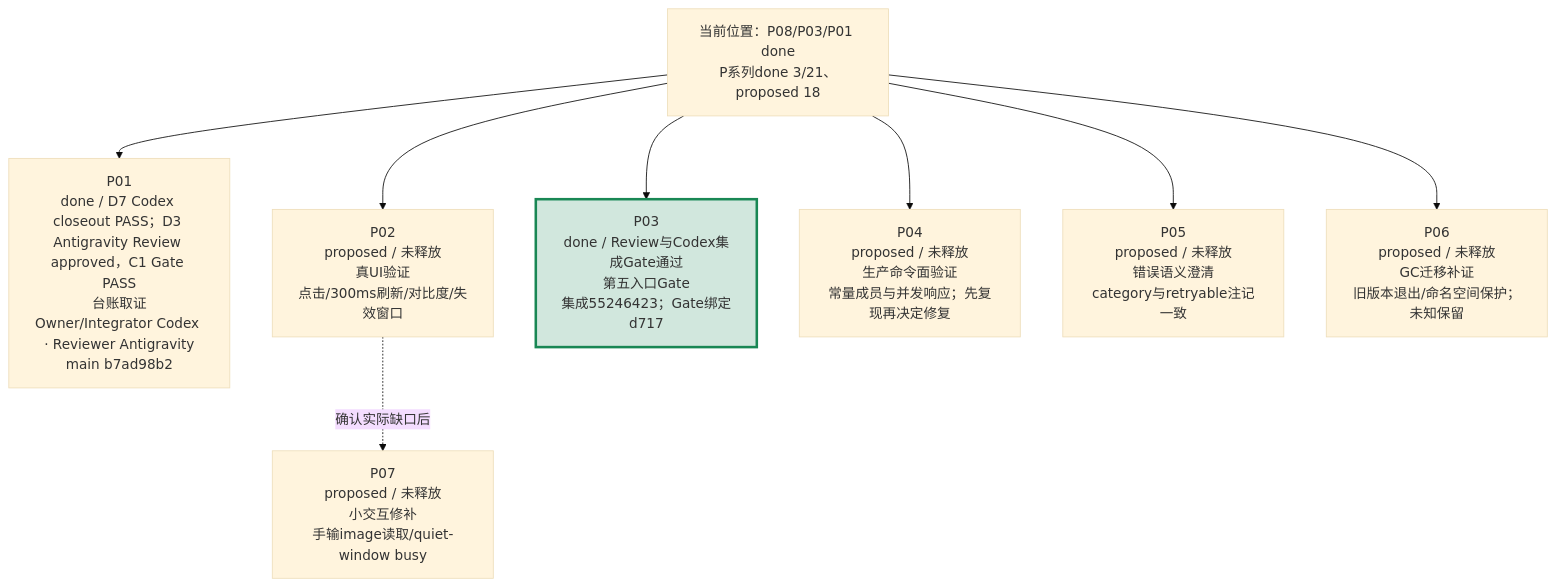
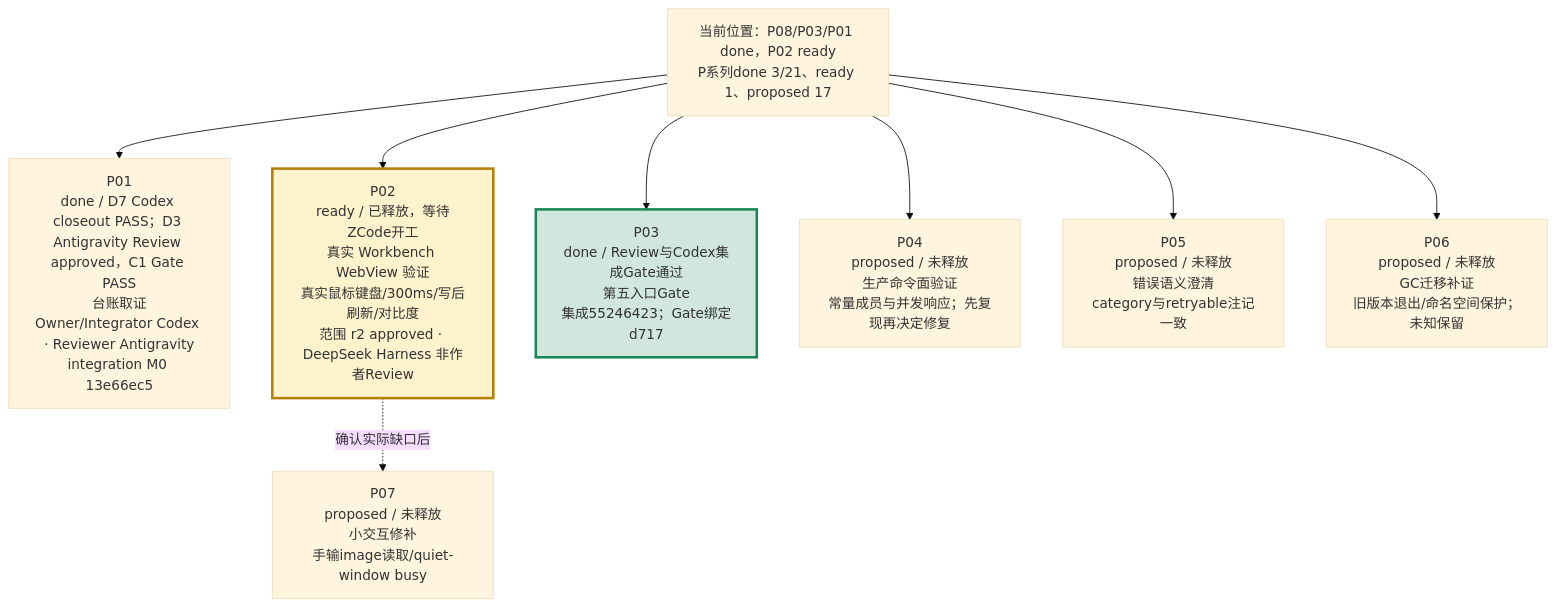
One commit to peakwheat-pixel/New-Manga changed the second of 4 diagrams in verification/PROJECT-ROADMAP-20261008/ROADMAP.md. Above: the diagram before and after it, drawn with Mermaid (base theme). The commit also changed other lines of this file and 27 other files, not shown here.

Commit message:
docs(project): release P02 WebView verification scope

````diff
--- a/verification/PROJECT-ROADMAP-20261008/ROADMAP.md
+++ b/verification/PROJECT-ROADMAP-20261008/ROADMAP.md
@@ -30,11 +30,12 @@
 ```mermaid
 flowchart TB
-  BASE["当前位置：P08/P03/P01 done<br/>P系列done 3/21、proposed 18"] --> P01["P01<br/>done / D7 Codex closeout PASS；D3 Antigravity Review approved，C1 Gate PASS<br/>台账取证<br/>Owner/Integrator Codex · Reviewer Antigravity<br/>main b7ad98b2"]
-  BASE --> P02["P02<br/>proposed / 未释放<br/>真UI验证<br/>点击/300ms刷新/对比度/失效窗口"]
+  BASE["当前位置：P08/P03/P01 done，P02 ready<br/>P系列done 3/21、ready 1、proposed 17"] --> P01["P01<br/>done / D7 Codex closeout PASS；D3 Antigravity Review approved，C1 Gate PASS<br/>台账取证<br/>Owner/Integrator Codex · Reviewer Antigravity<br/>integration M0 13e66ec5"]
+  BASE --> P02["P02<br/>ready / 已释放，等待ZCode开工<br/>真实 Workbench WebView 验证<br/>真实鼠标键盘/300ms/写后刷新/对比度<br/>范围 r2 approved · DeepSeek Harness 非作者Review"]
   BASE --> P03["P03<br/>done / Review与Codex集成Gate通过<br/>第五入口Gate<br/>集成55246423；Gate绑定d717"]
   BASE --> P04["P04<br/>proposed / 未释放<br/>生产命令面验证<br/>常量成员与并发响应；先复现再决定修复"]
   BASE --> P05["P05<br/>proposed / 未释放<br/>错误语义澄清<br/>category与retryable注记一致"]
   BASE --> P06["P06<br/>proposed / 未释放<br/>GC迁移补证<br/>旧版本退出/命名空间保护；未知保留"]
   P02 -. "确认实际缺口后" .-> P07["P07<br/>proposed / 未释放<br/>小交互修补<br/>手输image读取/quiet-window busy"]
+  style P02 fill:#fff3cd,stroke:#b58105,stroke-width:3px
   style P03 fill:#d1e7dd,stroke:#198754,stroke-width:3px
 ```
````
